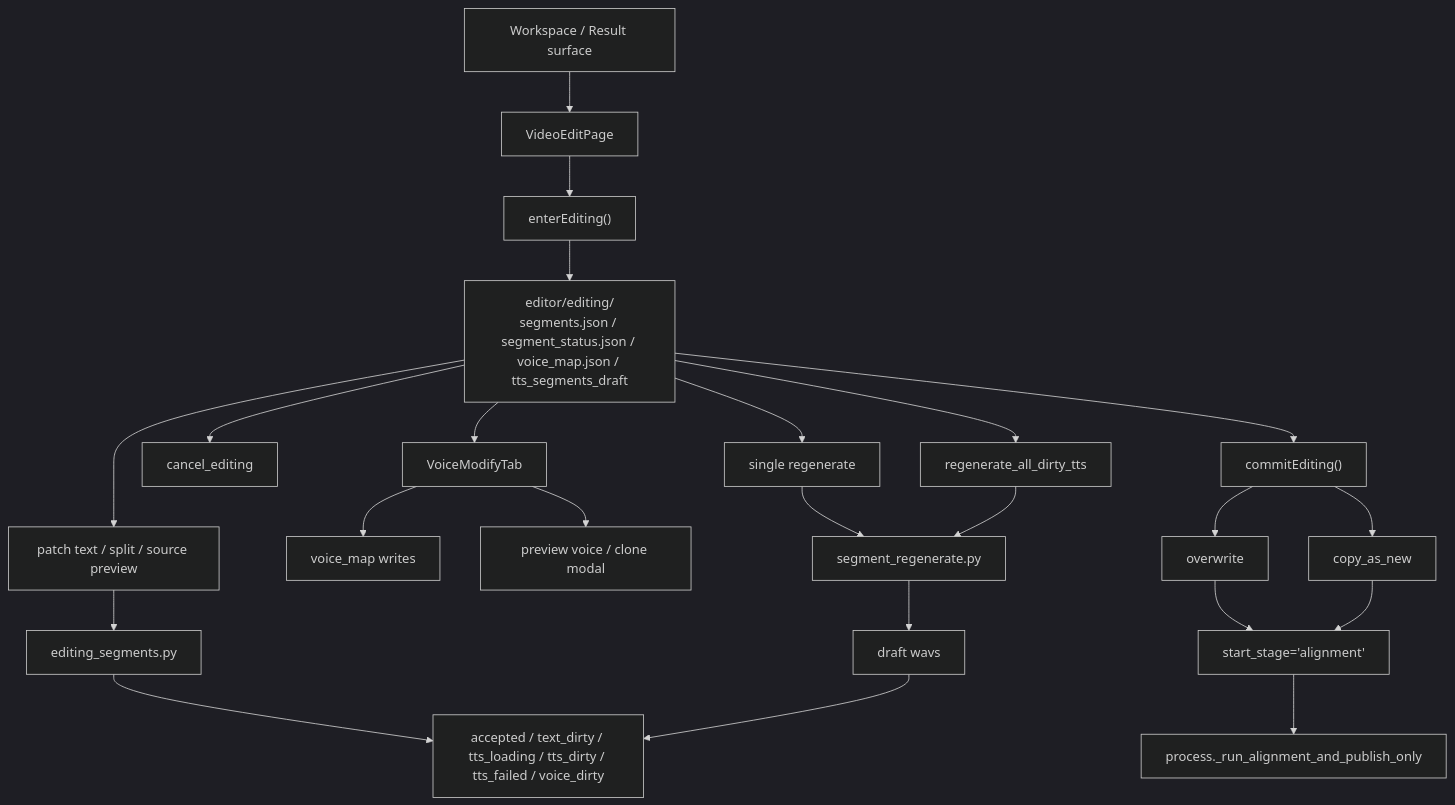
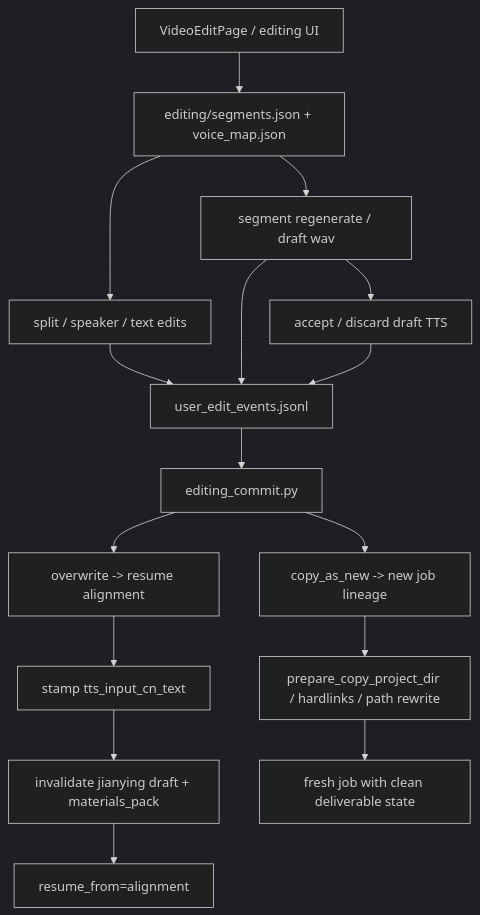
One commit to sun9bear/AITransVideo changed the diagram in docs/graphs/GITNEXUS_EDITING_POST_EDIT_GRAPH.md. Above: the diagram before and after it, drawn with Mermaid (dark theme). The commit also changed other lines of this file and 7 other files, not shown here.

Commit message:
docs(graphs): refresh GitNexus graphs to 482b315

````diff
--- a/docs/graphs/GITNEXUS_EDITING_POST_EDIT_GRAPH.md
+++ b/docs/graphs/GITNEXUS_EDITING_POST_EDIT_GRAPH.md
@@ -18,29 +16,22 @@
 ```mermaid
 graph TD
-    Result["Workspace / Result surface"] --> EditPage["VideoEditPage"]
-    EditPage --> Enter["enterEditing()"]
-    Enter --> Buffer["editor/editing/<br/>segments.json / segment_status.json / voice_map.json / tts_segments_draft"]
+    EditPage["VideoEditPage / editing UI"] --> Segments["editing/segments.json + voice_map.json"]
+    Segments --> DraftTTS["segment regenerate / draft wav"]
+    DraftTTS --> Accept["accept / discard draft TTS"]
+    Segments --> Structural["split / speaker / text edits"]
 
-    Buffer --> TextEdit["patch text / split / source preview"]
-    Buffer --> VoiceEdit["VoiceModifyTab"]
-    Buffer --> Cancel["cancel_editing"]
+    Structural --> Audit["user_edit_events.jsonl"]
+    DraftTTS --> Audit
+    Accept --> Audit
 
-    TextEdit --> SegmentOps["editing_segments.py"]
-    VoiceEdit --> VoiceMap["voice_map writes"]
-    VoiceEdit --> Preview["preview voice / clone modal"]
-    SegmentOps --> Status["accepted / text_dirty / tts_loading / tts_dirty / tts_failed / voice_dirty"]
+    Audit --> Commit["editing_commit.py"]
+    Commit --> Overwrite["overwrite -> resume alignment"]
+    Commit --> CopyNew["copy_as_new -> new job lineage"]
 
-    Buffer --> SingleRegen["single regenerate"]
-    Buffer --> BatchRegen["regenerate_all_dirty_tts"]
-    SingleRegen --> SegmentRegen["segment_regenerate.py"]
-    BatchRegen --> SegmentRegen
-    SegmentRegen --> DraftWav["draft wavs"]
-    DraftWav --> Status
+    Overwrite --> Stamp["stamp tts_input_cn_text"]
+    Stamp --> Reset["invalidate jianying draft + materials_pack"]
+    Reset --> Resume["resume_from=alignment"]
 
-    Buffer --> Commit["commitEditing()"]
-    Commit --> Overwrite["overwrite"]
-    Commit --> CopyAsNew["copy_as_new"]
-    Overwrite --> Resume["start_stage='alignment'"]
-    CopyAsNew --> Resume
-    Resume --> Pipeline["process._run_alignment_and_publish_only"]
+    CopyNew --> Prepare["prepare_copy_project_dir / hardlinks / path rewrite"]
+    Prepare --> NewJob["fresh job with clean deliverable state"]
 ```
````
